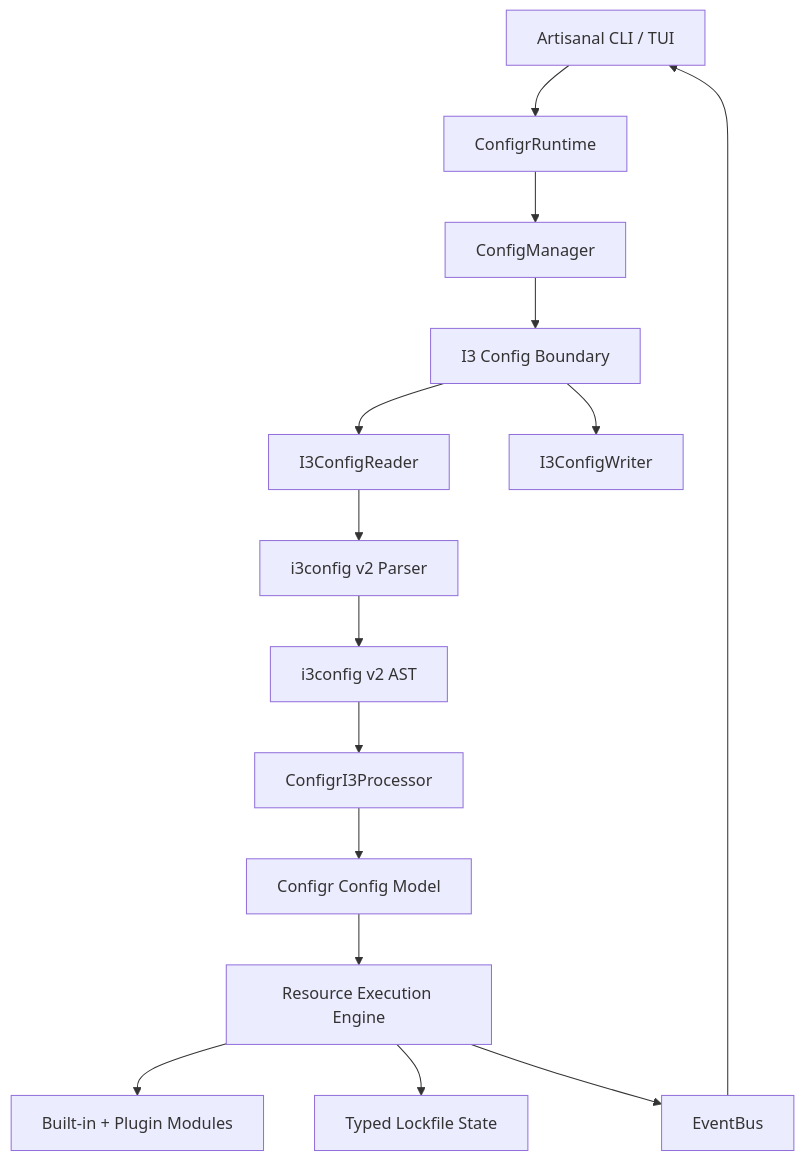
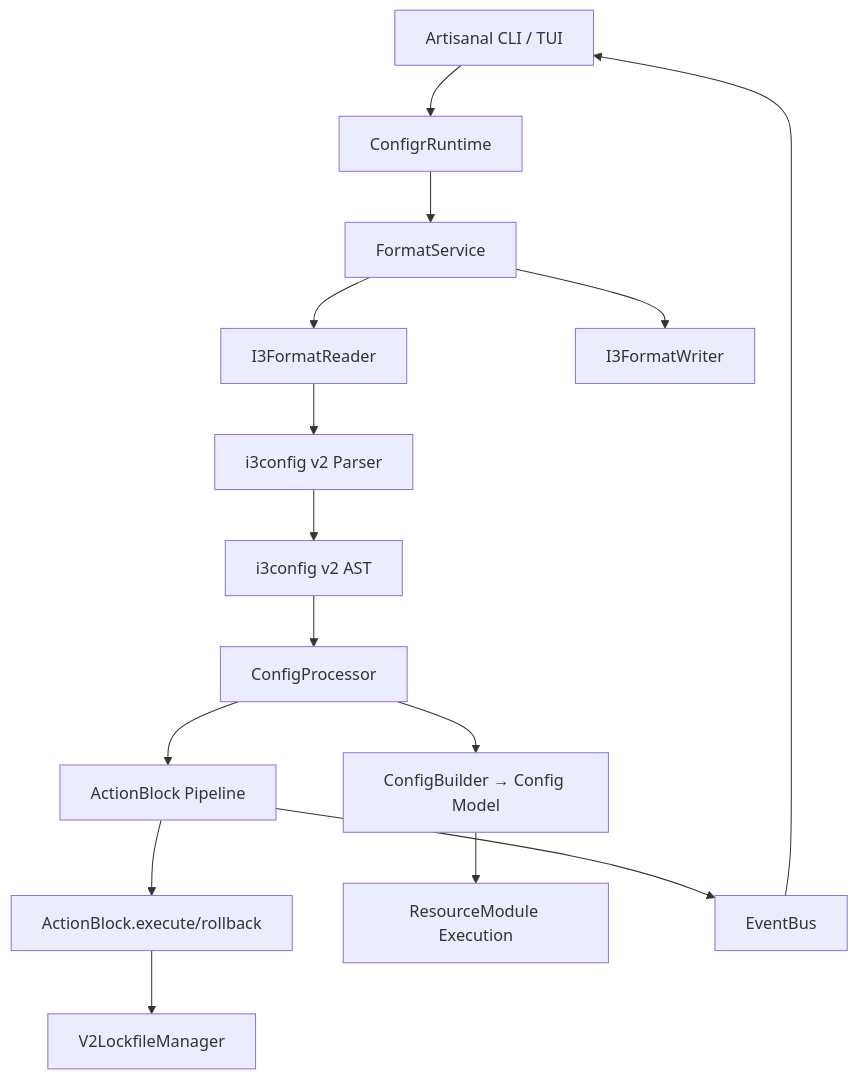
The diagram in plan.md (kingwill101/configr), drawn with Mermaid before and after one commit. The commit also changed other lines of this file and 3137 other files, not shown here.

````diff
--- a/plan.md
+++ b/plan.md
@@ -58,20 +66,17 @@
 ```mermaid
 flowchart TD
     CLI[Artisanal CLI / TUI] --> Runtime[ConfigrRuntime]
-    Runtime --> Manager[ConfigManager]
-    Manager --> I3Boundary[I3 Config Boundary]
-
-    I3Boundary --> I3Reader[I3ConfigReader]
-    I3Boundary --> I3Writer[I3ConfigWriter]
-
+    Runtime --> FormatSvc[FormatService]
+    FormatSvc --> I3Reader[I3FormatReader]
+    FormatSvc --> I3Writer[I3FormatWriter]
     I3Reader --> I3Parser[i3config v2 Parser]
     I3Parser --> I3Ast[i3config v2 AST]
-    I3Ast --> I3Processor[ConfigrI3Processor]
-    I3Processor --> DomainModel[Configr Config Model]
-
-    DomainModel --> Executor[Resource Execution Engine]
-    Executor --> Modules[Built-in + Plugin Modules]
-    Executor --> Lockfile[Typed Lockfile State]
-    Executor --> Events[EventBus]
+    I3Ast --> Processor[ConfigProcessor]
+    Processor --> V2Pipeline[ActionBlock Pipeline]
+    Processor --> V1Pipeline[ConfigBuilder → Config Model]
+    V2Pipeline --> Executor[ActionBlock.execute/rollback]
+    V1Pipeline --> V1Executor[ResourceModule Execution]
+    Executor --> Lockfile[V2LockfileManager]
+    V2Pipeline --> Events[EventBus]
     Events --> CLI
 ```
````
